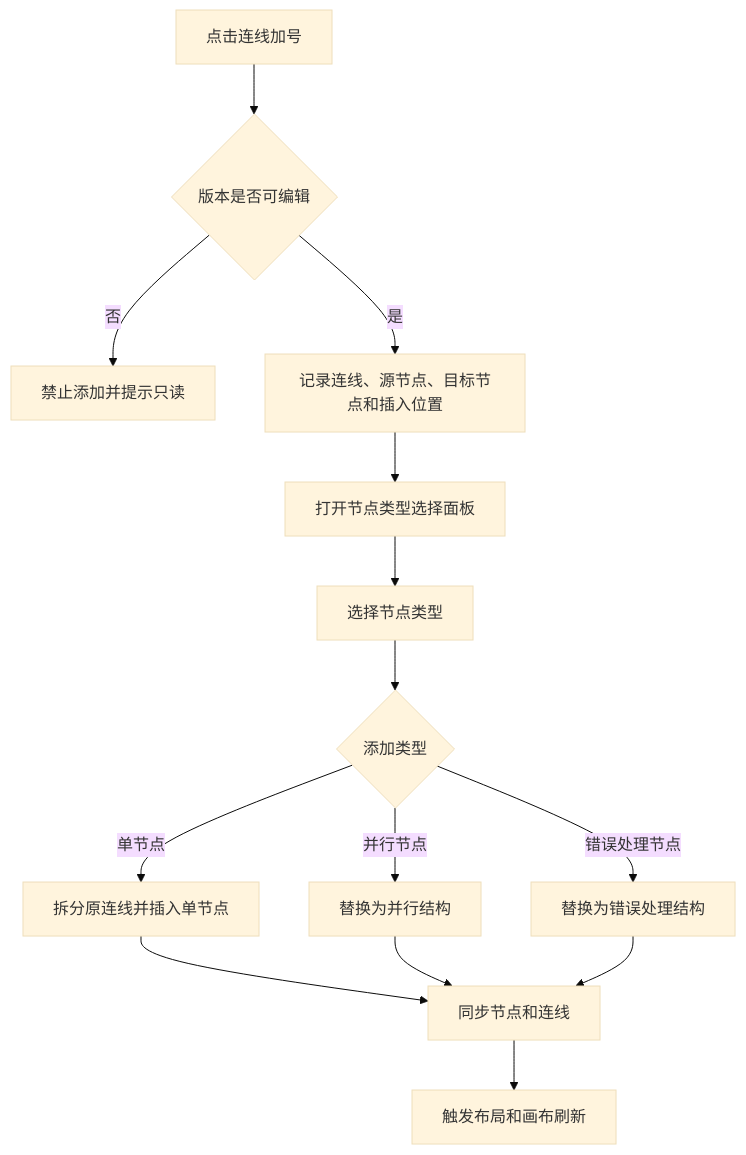
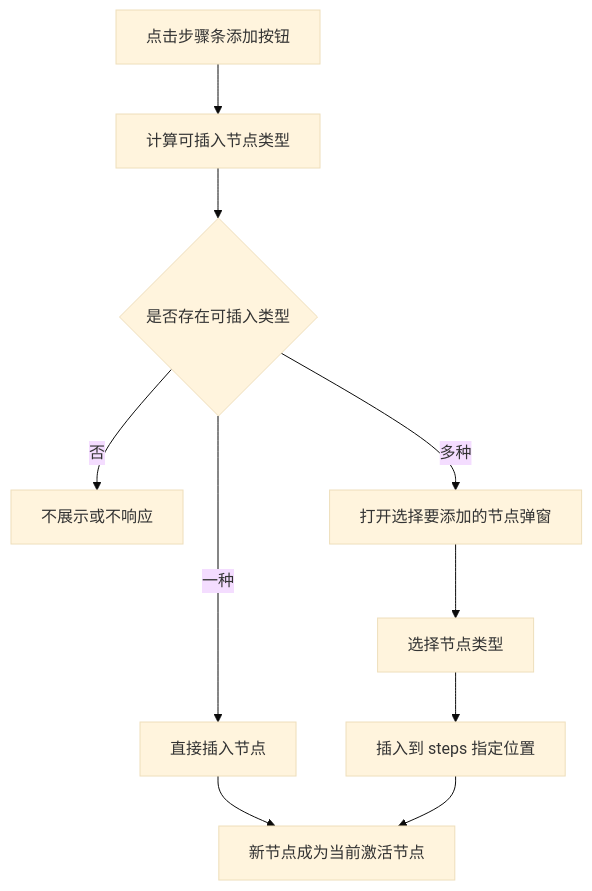
Before and after one commit to THZSummer/open-app: the seventh of 11 diagrams in front/doc/2026年6月文档/连接流配置需求设计说明书.md, drawn with Mermaid (base theme). The commit also changed other lines of this file, not shown here.

````diff
--- a/front/doc/2026年6月文档/连接流配置需求设计说明书.md
+++ b/front/doc/2026年6月文档/连接流配置需求设计说明书.md
@@ -395,16 +401,12 @@
 ```mermaid
 flowchart TD
-  ClickPlus[点击连线加号] --> CheckEditable{版本是否可编辑}
-  CheckEditable -->|否| ReadonlyStop[禁止添加并提示只读]
-  CheckEditable -->|是| RecordContext[记录连线、源节点、目标节点和插入位置]
-  RecordContext --> OpenSelector[打开节点类型选择面板]
-  OpenSelector --> SelectType[选择节点类型]
-  SelectType --> TypeCheck{添加类型}
-  TypeCheck -->|单节点| InsertSingle[拆分原连线并插入单节点]
-  TypeCheck -->|并行节点| InsertParallel[替换为并行结构]
-  TypeCheck -->|错误处理节点| InsertError[替换为错误处理结构]
-  InsertSingle --> SyncData[同步节点和连线]
-  InsertParallel --> SyncData
-  InsertError --> SyncData
-  SyncData --> LayoutRefresh[触发布局和画布刷新]
+  ClickAdd[点击步骤条添加按钮] --> ComputeTypes[计算可插入节点类型]
+  ComputeTypes --> HasType{是否存在可插入类型}
+  HasType -->|否| Stop[不展示或不响应]
+  HasType -->|一种| InsertDirect[直接插入节点]
+  HasType -->|多种| OpenModal[打开选择要添加的节点弹窗]
+  OpenModal --> SelectType[选择节点类型]
+  SelectType --> InsertNode[插入到 steps 指定位置]
+  InsertDirect --> ActiveNew[新节点成为当前激活节点]
+  InsertNode --> ActiveNew
 ```
````
